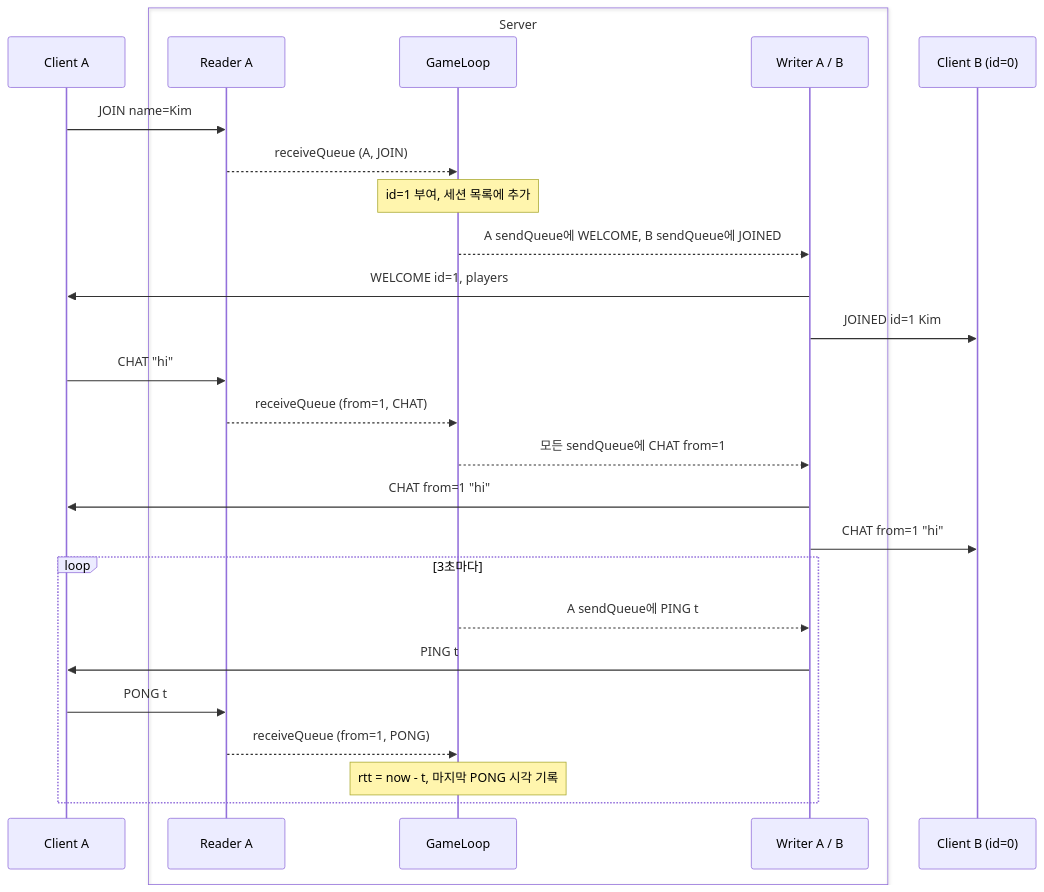
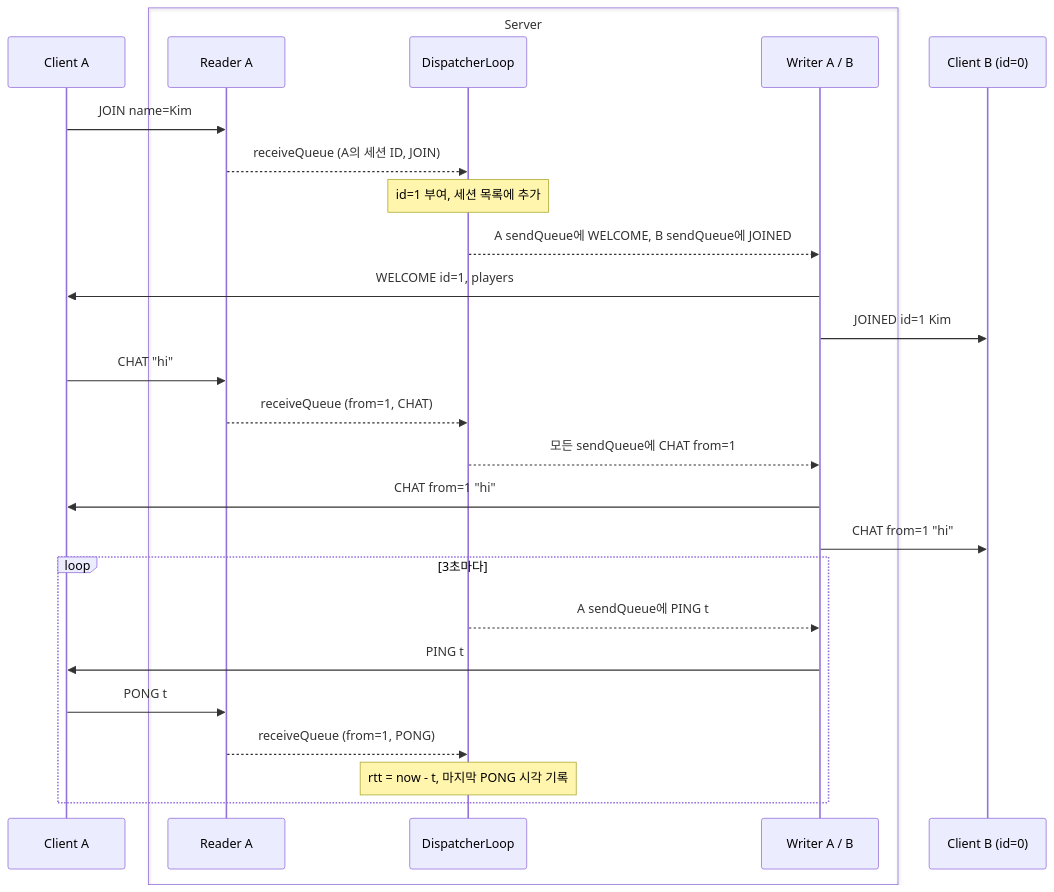
Before and after one commit to networkMinigame/minigame: the first of 2 diagrams in docs/thread-diagram/v1/protocol.md, drawn with Mermaid. The commit also changed other lines of this file and 22 other files, not shown here.

````diff
--- a/docs/thread-diagram/v1/protocol.md
+++ b/docs/thread-diagram/v1/protocol.md
@@ -10,31 +12,31 @@
 ```mermaid
 sequenceDiagram
     participant A as Client A
     box Server
         participant RA as Reader A
-        participant GL as GameLoop
+        participant GL as DispatcherLoop
         participant SQ as Writer A / B
     end
     participant B as Client B (id=0)
 
     A->>RA: JOIN name=Kim
-    RA-->>GL: receiveQueue (A, JOIN)
+    RA-->>GL: receiveQueue (A의 세션 ID, JOIN)
     Note over GL: id=1 부여, 세션 목록에 추가
     GL-->>SQ: A sendQueue에 WELCOME, B sendQueue에 JOINED
     SQ->>A: WELCOME id=1, players
     SQ->>B: JOINED id=1 Kim
 
     A->>RA: CHAT "hi"
     RA-->>GL: receiveQueue (from=1, CHAT)
     GL-->>SQ: 모든 sendQueue에 CHAT from=1
     SQ->>A: CHAT from=1 "hi"
     SQ->>B: CHAT from=1 "hi"
 
     loop 3초마다
         GL-->>SQ: A sendQueue에 PING t
         SQ->>A: PING t
         A->>RA: PONG t
         RA-->>GL: receiveQueue (from=1, PONG)
         Note over GL: rtt = now - t, 마지막 PONG 시각 기록
     end
 ```
````
